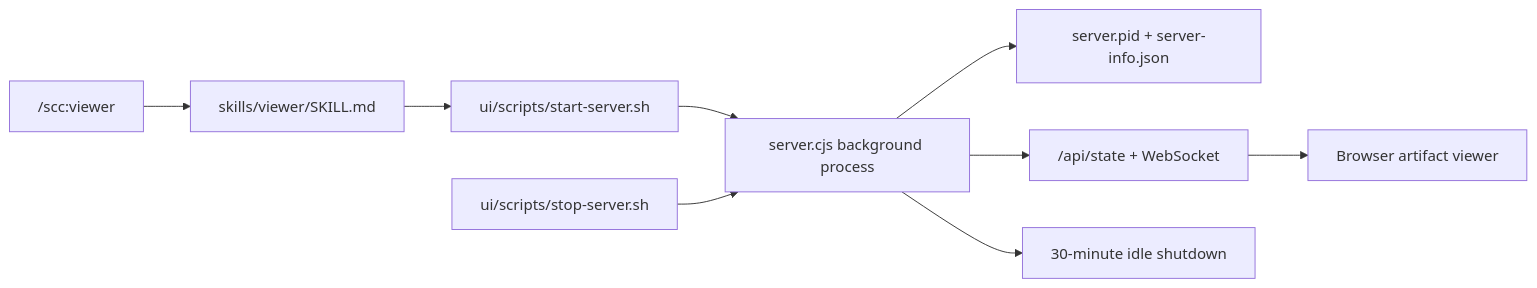
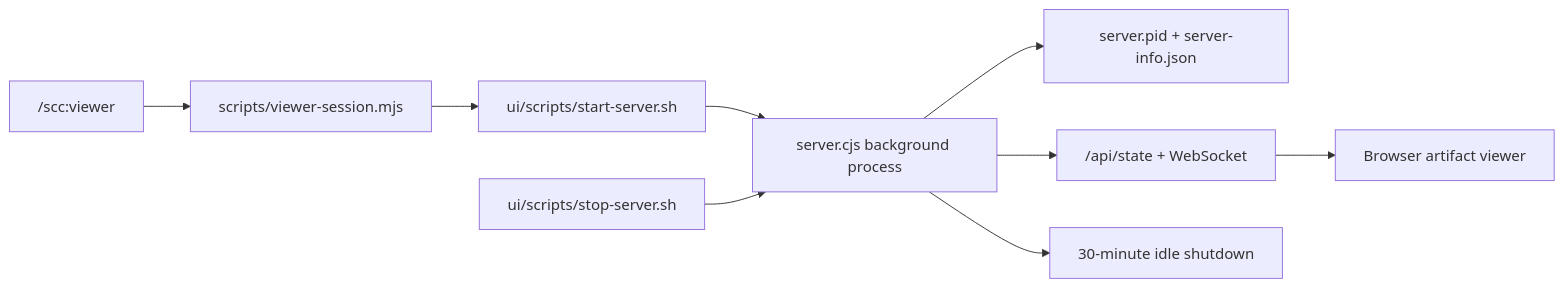
The second of 3 diagrams in docs/architecture.md (unclejobs-ai/second-claude-code), drawn with Mermaid before and after one commit. The commit also changed other lines of this file and 29 other files, not shown here.

First line of the commit message:
refactor(skills): drop investigate, demote viewer and unblock to commands

````diff
--- a/docs/architecture.md
+++ b/docs/architecture.md
@@ -221,11 +219,11 @@
 ```mermaid
 flowchart LR
-    CMD["/scc:viewer"] --> SKILL[skills/viewer/SKILL.md]
-    SKILL --> START[ui/scripts/start-server.sh]
+    CMD["/scc:viewer"] --> RUNNER[scripts/viewer-session.mjs]
+    RUNNER --> START[ui/scripts/start-server.sh]
     START --> SERVER[server.cjs background process]
     SERVER --> META[server.pid + server-info.json]
     SERVER --> API["/api/state + WebSocket"]
     API --> UI[Browser artifact viewer]
     STOP[ui/scripts/stop-server.sh] --> SERVER
     SERVER --> IDLE[30-minute idle shutdown]
 ```
````
